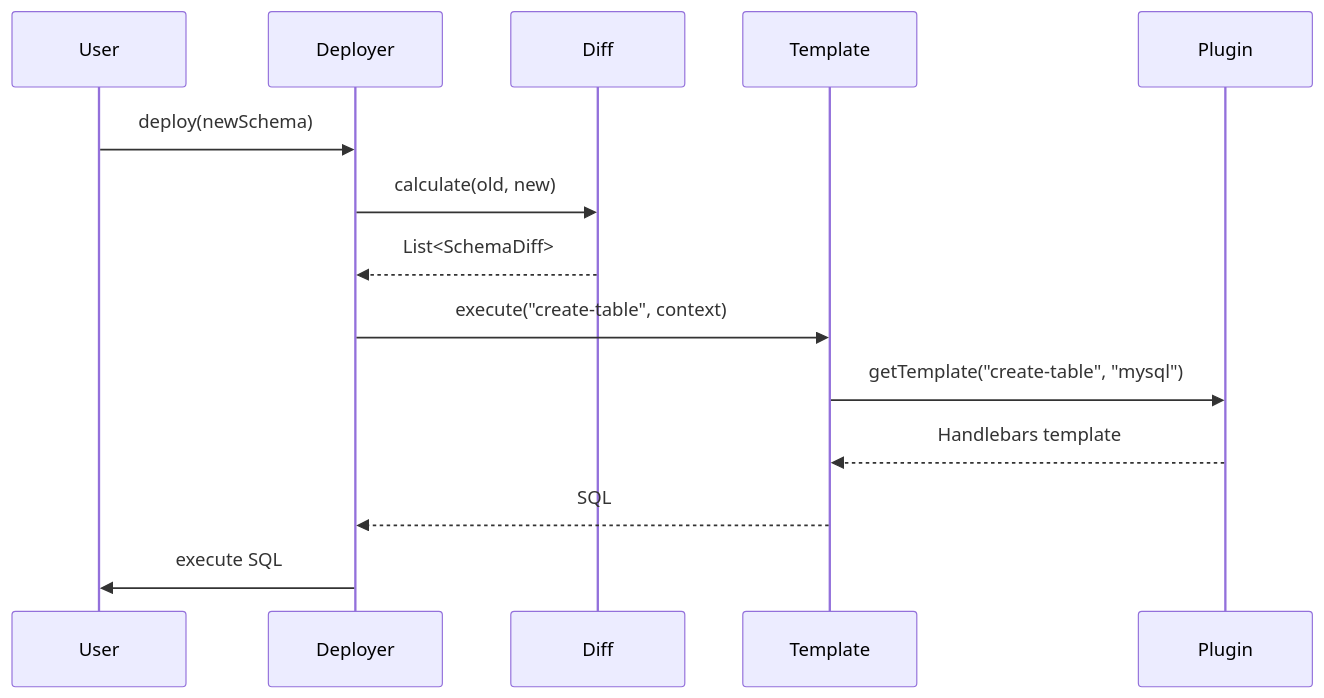
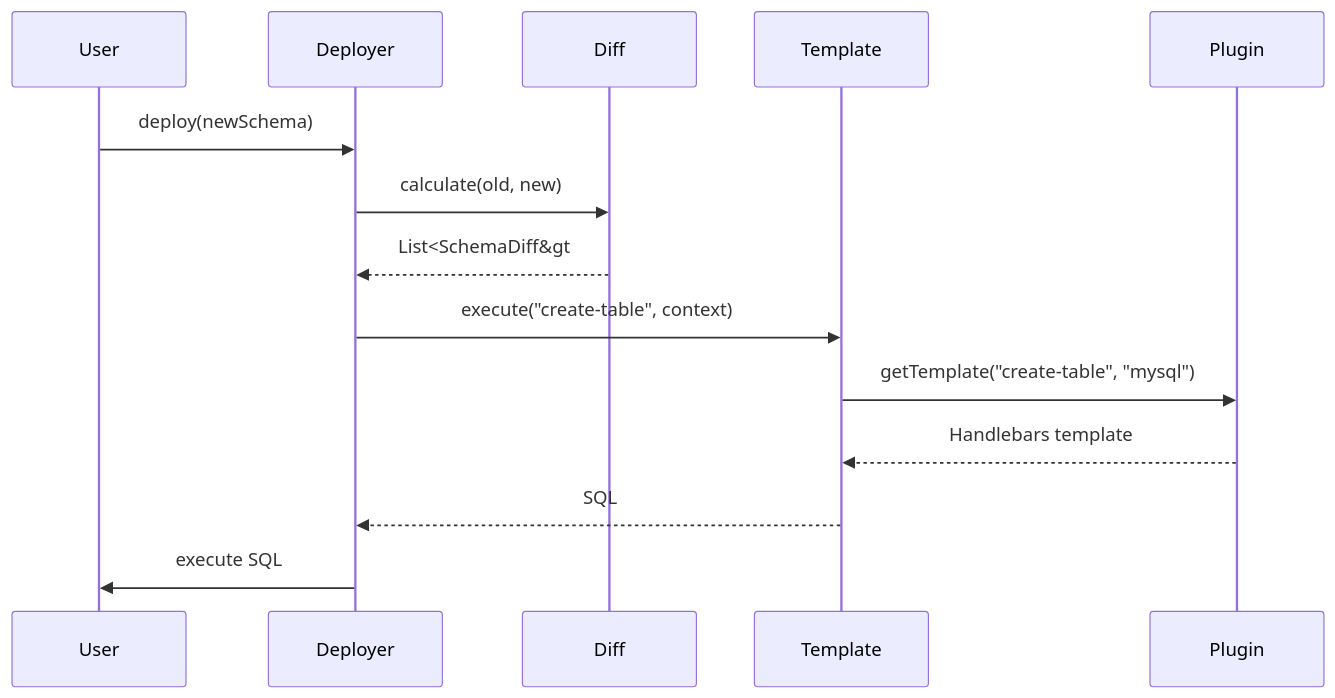
The third of 4 diagrams in docs/design/architecture/layers.md (windli2018/justdb-docs-internal), drawn with Mermaid before and after one commit. The commit also changed other lines of this file and 147 other files, not shown here.

````diff
--- a/docs/design/architecture/layers.md
+++ b/docs/design/architecture/layers.md
@@ -514,17 +571,17 @@
 ```mermaid
 sequenceDiagram
     participant User
     participant Deployer
     participant Diff
     participant Template
     participant Plugin
 
     User->>Deployer: deploy(newSchema)
     Deployer->>Diff: calculate(old, new)
-    Diff-->>Deployer: List<SchemaDiff>
+    Diff-->>Deployer: List<SchemaDiff&gt;>
     Deployer->>Template: execute("create-table", context)
     Template->>Plugin: getTemplate("create-table", "mysql")
     Plugin-->>Template: Handlebars template
     Template-->>Deployer: SQL
     Deployer->>User: execute SQL
 ```
````
